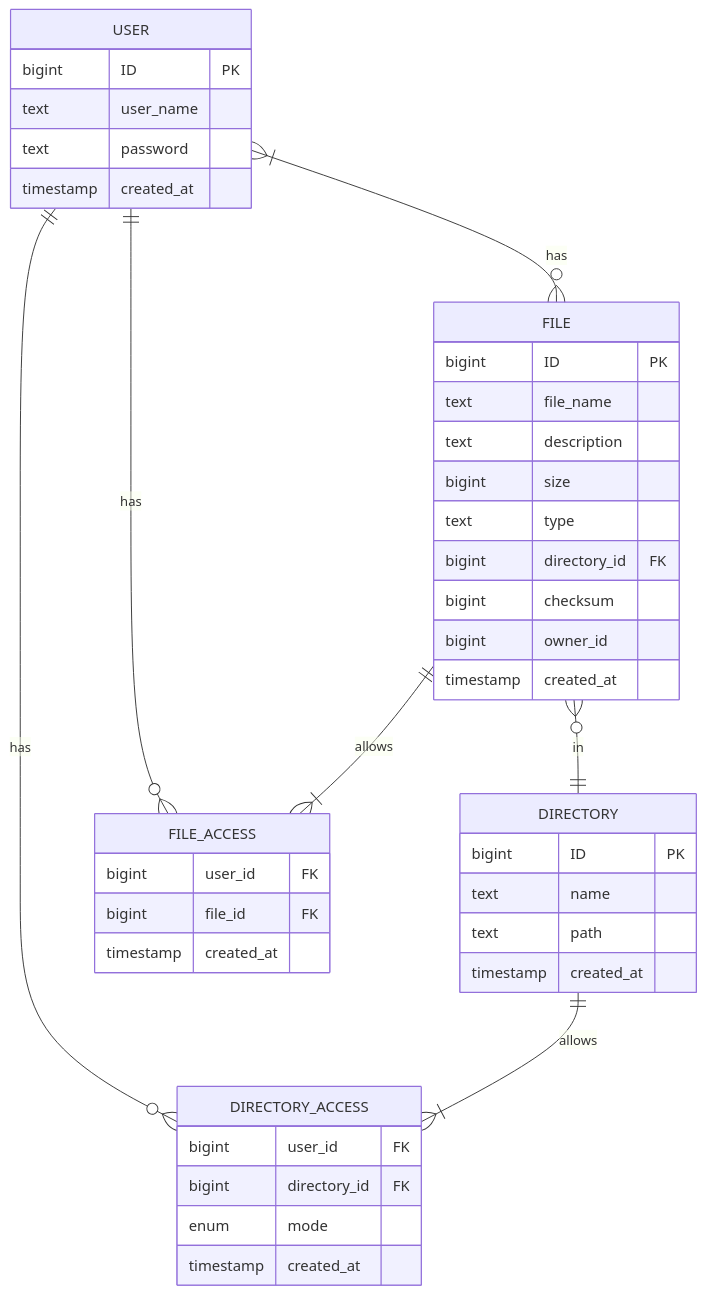
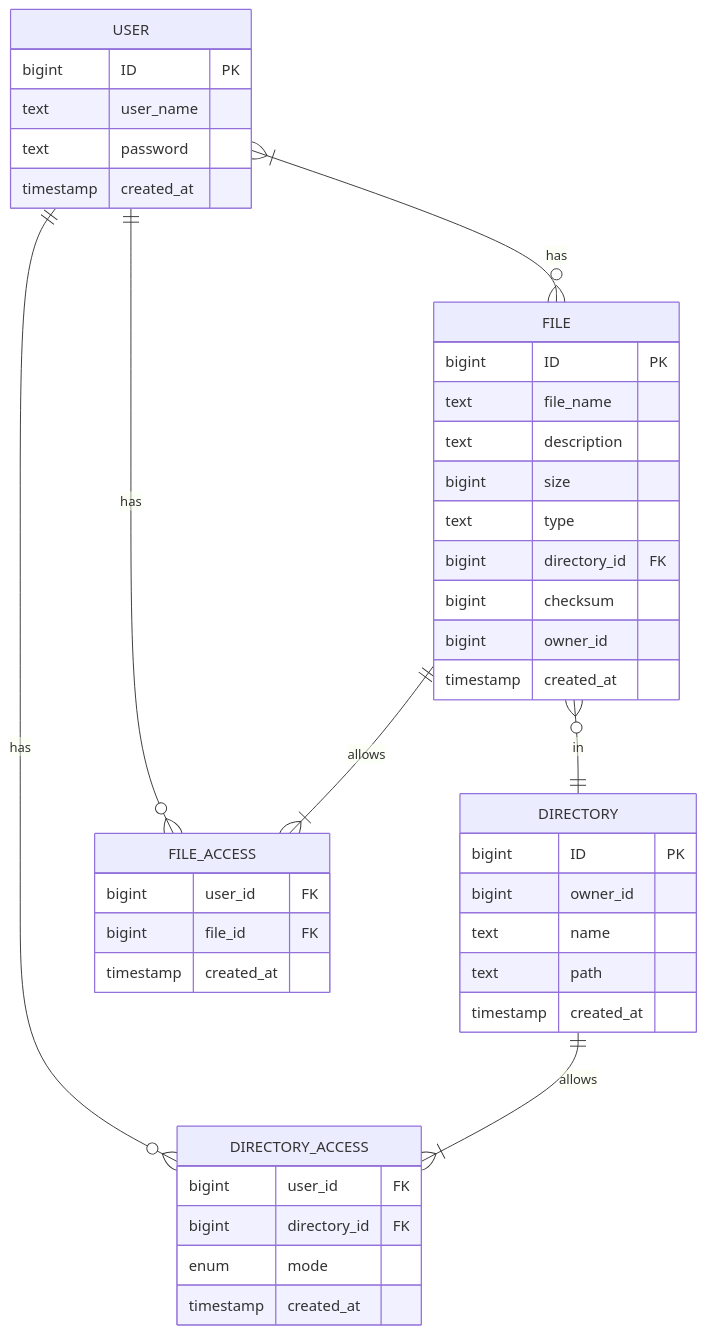
Before and after one commit to SlashLight/highload-cloud: the second of 2 diagrams in README.md, drawn with Mermaid. The commit also changed other lines of this file, not shown here.

````diff
--- a/README.md
+++ b/README.md
@@ -41,48 +41,49 @@
 ```mermaid
 erDiagram
 USER{
     bigint ID PK
     text user_name
     text password
     timestamp created_at 
 }
 
 FILE{
     bigint ID PK
     text file_name
     text description
     bigint size
     text type
     bigint directory_id FK
     bigint checksum
     bigint owner_id
     timestamp created_at  
 }
 
 DIRECTORY{
     bigint ID PK
+    bigint owner_id
     text name
     text path
     timestamp created_at  
 }
 
 FILE_ACCESS {
     bigint user_id FK
     bigint file_id FK
     timestamp created_at
 }
 
 DIRECTORY_ACCESS {
     bigint user_id FK
     bigint directory_id FK
     enum mode 
     timestamp created_at
 }
 
 USER }|--o{ FILE : has
 USER ||--o{ FILE_ACCESS : has
 FILE ||--|{ FILE_ACCESS : allows
 FILE }o--|| DIRECTORY : in
 USER ||--o{ DIRECTORY_ACCESS : has
 DIRECTORY ||--|{ DIRECTORY_ACCESS : allows
 ```
````
